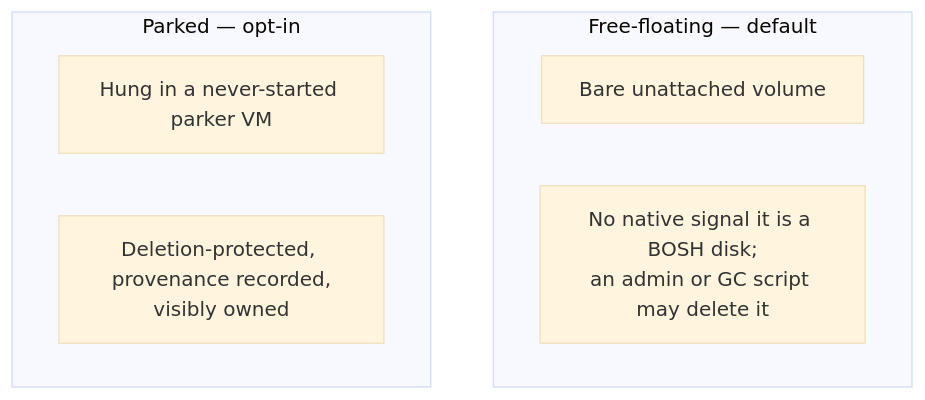
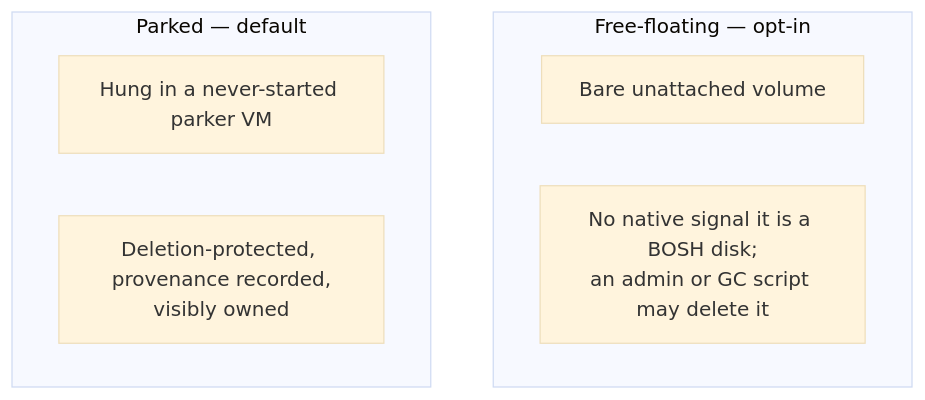
The third of 3 diagrams in docs/architecture/08-durable-volume.md (fivetwenty-io/bosh-proxmox-cpi-release), drawn with Mermaid (base theme) before and after one commit. The commit also changed other lines of this file and 56 other files, not shown here.

````diff
--- a/docs/architecture/08-durable-volume.md
+++ b/docs/architecture/08-durable-volume.md
@@ -63,11 +63,11 @@
 ```mermaid
 flowchart TB
-    subgraph Free["Free-floating — default"]
+    subgraph Free["Free-floating — opt-in"]
         F1["Bare unattached volume"]
         F2["No native signal it is a BOSH disk;<br/>an admin or GC script may delete it"]
     end
-    subgraph Parked["Parked — opt-in"]
+    subgraph Parked["Parked — default"]
         P1["Hung in a never-started parker VM"]
         P2["Deletion-protected, provenance recorded,<br/>visibly owned"]
     end
 ```
````
